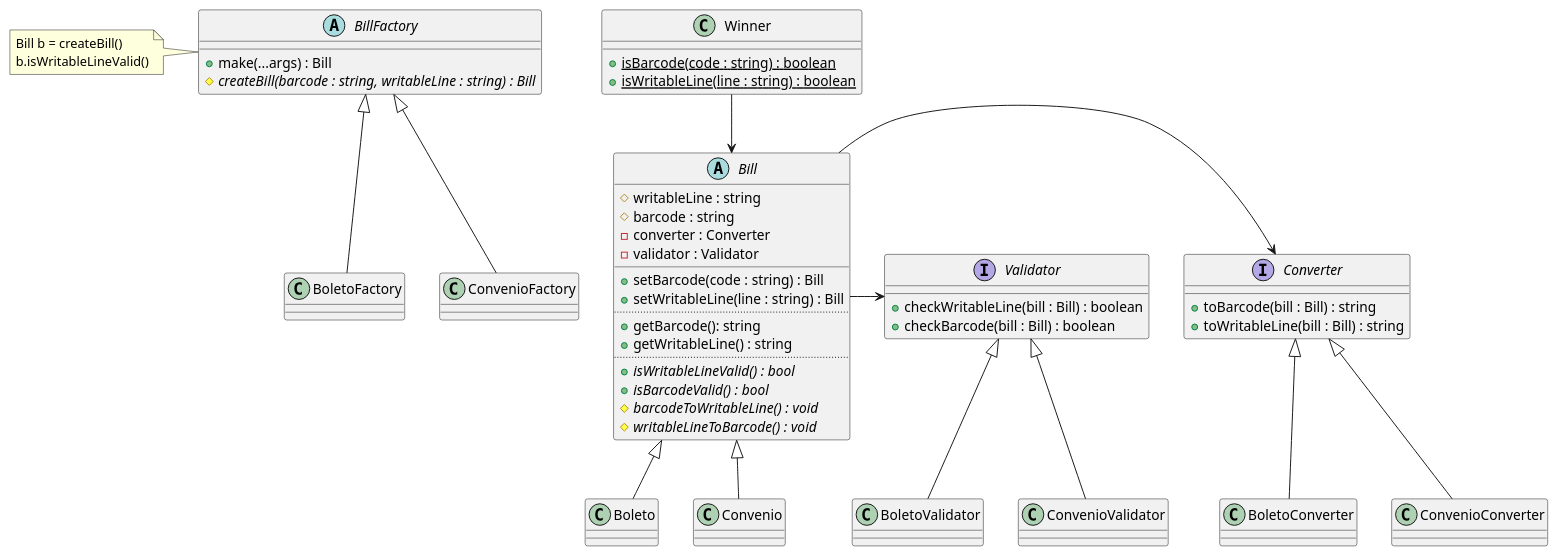
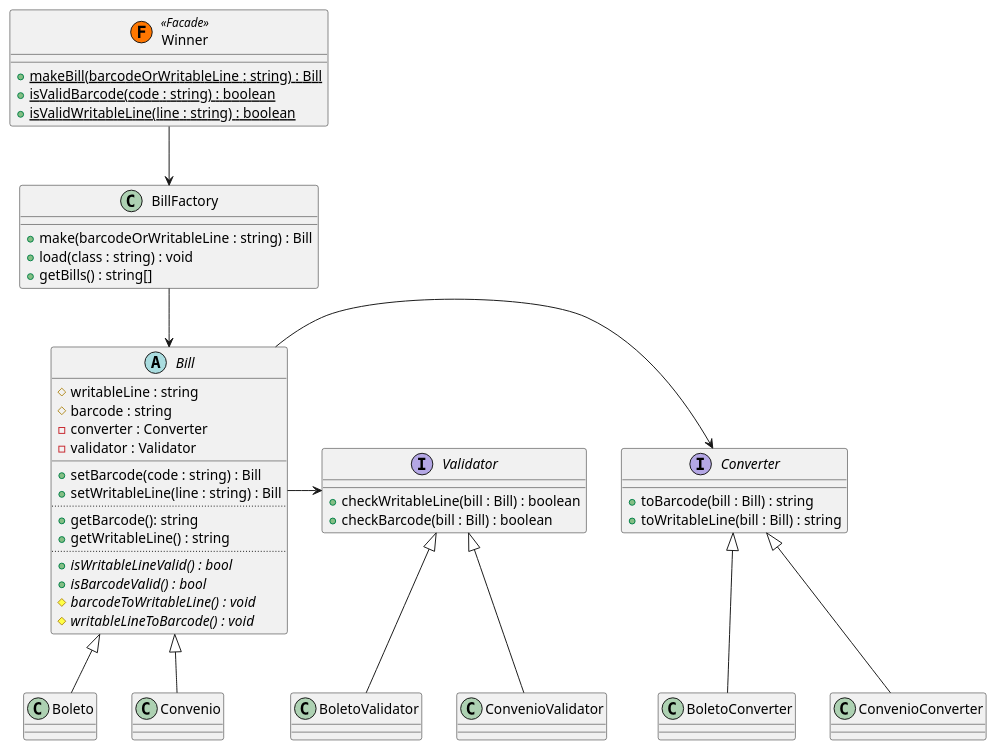
One commit to claudsonm/boleto-winner changed the diagram in resources/diagrams/class_diagram.puml. Above: the diagram before and after it, drawn with PlantUML. The commit also changed 2 other files, not shown here.

Commit message:
Inicializada Facade do pacote

```diff
--- a/resources/diagrams/class_diagram.puml
+++ b/resources/diagrams/class_diagram.puml
@@ -1,59 +1,58 @@
 @startuml
-abstract BillFactory {
-    + make(...args) : Bill
-    # {abstract} createBill(barcode : string, writableLine : string) : Bill
+class Winner << (F,#FF7700) Facade >> {
+    + {static} makeBill(barcodeOrWritableLine : string) : Bill
+    + {static} isValidBarcode(code : string) : boolean
+    + {static} isValidWritableLine(line : string) : boolean
 }
 
-note left of BillFactory : Bill b = createBill()\nb.isWritableLineValid()
-
-class Winner {
-    + {static} isBarcode(code : string) : boolean
-    + {static} isWritableLine(line : string) : boolean
+class BillFactory {
+    + make(barcodeOrWritableLine : string) : Bill
+    + load(class : string) : void
+    + getBills() : string[]
 }
 
 interface Converter {
     + toBarcode(bill : Bill) : string
     + toWritableLine(bill : Bill) : string
 }
 
 interface Validator {
     + checkWritableLine(bill : Bill) : boolean
     + checkBarcode(bill : Bill) : boolean
 }
 
 abstract Bill {
     # writableLine : string
     # barcode : string
     - converter : Converter
     - validator : Validator
     __
     + setBarcode(code : string) : Bill
     + setWritableLine(line : string) : Bill
     ..
     + getBarcode(): string
     + getWritableLine() : string
     ..
     + {abstract} isWritableLineValid() : bool
     + {abstract} isBarcodeValid() : bool
     # {abstract} barcodeToWritableLine() : void
     # {abstract} writableLineToBarcode() : void
 }
 
-Winner --> Bill
+Winner --> BillFactory
 
-BillFactory <|-- BoletoFactory
-BillFactory <|-- ConvenioFactory
+BillFactory --> Bill
 
 Bill <|-- Boleto
 Bill <|-- Convenio
 
 Bill -> Converter
 Bill -> Validator
 
 Converter <|-- BoletoConverter
 Converter <|-- ConvenioConverter
 
 Validator <|-- BoletoValidator
 Validator <|-- ConvenioValidator
 
 @enduml
```
